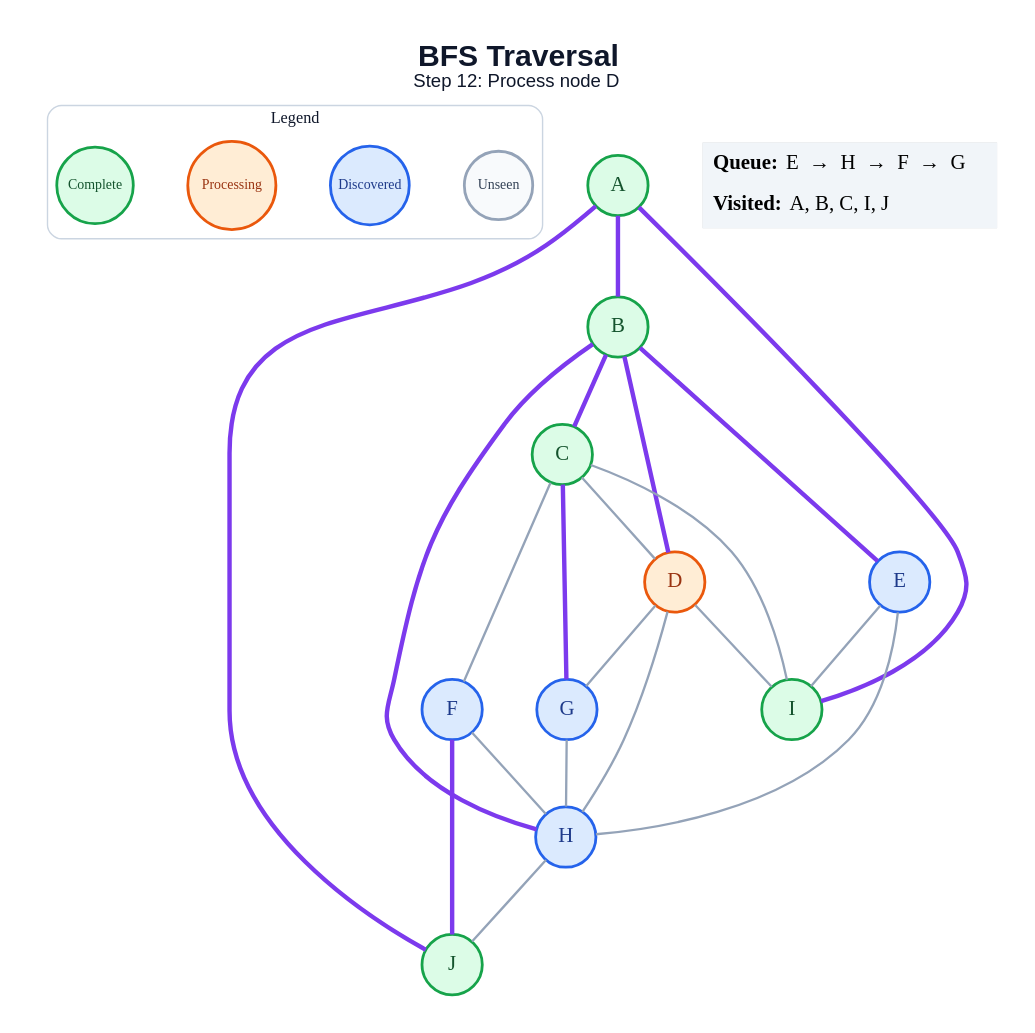
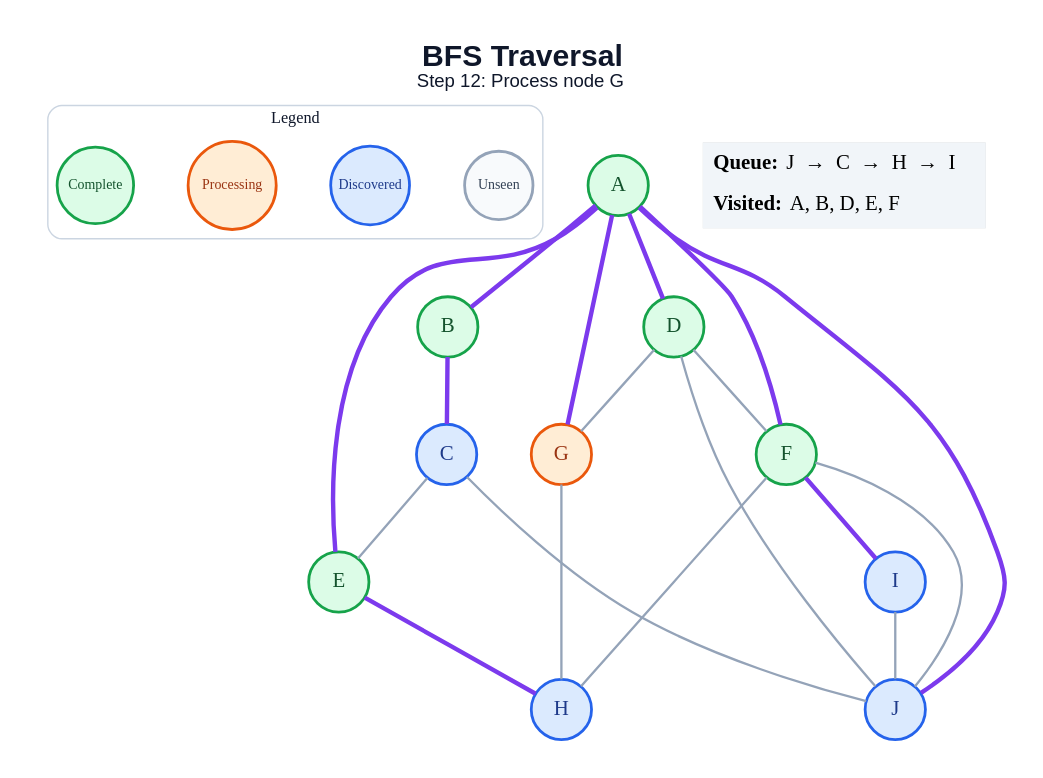
One commit to amanghodawala9/ai-slop changed the diagram in generated/bfs/step_12.dot. Above: the diagram before and after it, drawn with Graphviz. The commit also changed 178 other files, not shown here.

```diff
--- a/generated/bfs/step_12.dot
+++ b/generated/bfs/step_12.dot
@@ -1,49 +1,47 @@
 graph traversal {
   graph [layout=dot, rankdir=TB, bgcolor="#FFFFFF", pad="0.35", nodesep="0.65", ranksep="0.8", fontname="Arial"];
   node [shape=circle, style="filled", fontname="Arial Bold", fontsize=18, width=0.72, fixedsize=true, penwidth=2.4];
   edge [color="#94A3B8", penwidth=2.0];
-  label=<<B>BFS Traversal</B><BR/><FONT POINT-SIZE="16">Step 12: Process node D</FONT>>; labelloc="t"; fontsize=26; fontname="Arial"; fontcolor="#0F172A";
+  label=<<B>BFS Traversal</B><BR/><FONT POINT-SIZE="16">Step 12: Process node G</FONT>>; labelloc="t"; fontsize=26; fontname="Arial"; fontcolor="#0F172A";
   subgraph cluster_legend { label="Legend"; color="#CBD5E1"; penwidth=1.2; style="rounded"; fontsize=14; fontname="Arial Bold";
     key_unseen [label="Unseen", fillcolor="#F8FAFC", color="#94A3B8", fontcolor="#334155", fontsize=12, width=0.82];
     key_frontier [label="Discovered", fillcolor="#DBEAFE", color="#2563EB", fontcolor="#1E3A8A", fontsize=12, width=0.95];
     key_current [label="Processing", fillcolor="#FFEDD5", color="#EA580C", fontcolor="#9A3412", fontsize=12, width=1.05];
     key_done [label="Complete", fillcolor="#DCFCE7", color="#16A34A", fontcolor="#14532D", fontsize=12, width=0.92];
     { rank=same; key_unseen; key_frontier; key_current; key_done; }
   }
   A [fillcolor="#DCFCE7", color="#16A34A", fontcolor="#14532D"];
   B [fillcolor="#DCFCE7", color="#16A34A", fontcolor="#14532D"];
-  C [fillcolor="#DCFCE7", color="#16A34A", fontcolor="#14532D"];
-  D [fillcolor="#FFEDD5", color="#EA580C", fontcolor="#9A3412"];
-  E [fillcolor="#DBEAFE", color="#2563EB", fontcolor="#1E3A8A"];
-  F [fillcolor="#DBEAFE", color="#2563EB", fontcolor="#1E3A8A"];
-  G [fillcolor="#DBEAFE", color="#2563EB", fontcolor="#1E3A8A"];
+  C [fillcolor="#DBEAFE", color="#2563EB", fontcolor="#1E3A8A"];
+  D [fillcolor="#DCFCE7", color="#16A34A", fontcolor="#14532D"];
+  E [fillcolor="#DCFCE7", color="#16A34A", fontcolor="#14532D"];
+  F [fillcolor="#DCFCE7", color="#16A34A", fontcolor="#14532D"];
+  G [fillcolor="#FFEDD5", color="#EA580C", fontcolor="#9A3412"];
   H [fillcolor="#DBEAFE", color="#2563EB", fontcolor="#1E3A8A"];
-  I [fillcolor="#DCFCE7", color="#16A34A", fontcolor="#14532D"];
-  J [fillcolor="#DCFCE7", color="#16A34A", fontcolor="#14532D"];
+  I [fillcolor="#DBEAFE", color="#2563EB", fontcolor="#1E3A8A"];
+  J [fillcolor="#DBEAFE", color="#2563EB", fontcolor="#1E3A8A"];
   A -- B [color="#7C3AED", penwidth=3.8];
-  A -- I [color="#7C3AED", penwidth=3.8];
+  A -- D [color="#7C3AED", penwidth=3.8];
+  A -- E [color="#7C3AED", penwidth=3.8];
+  A -- F [color="#7C3AED", penwidth=3.8];
+  A -- G [color="#7C3AED", penwidth=3.8];
   A -- J [color="#7C3AED", penwidth=3.8];
   B -- C [color="#7C3AED", penwidth=3.8];
-  B -- D [color="#7C3AED", penwidth=3.8];
-  B -- E [color="#7C3AED", penwidth=3.8];
-  B -- H [color="#7C3AED", penwidth=3.8];
-  C -- D;
-  C -- F;
-  C -- G [color="#7C3AED", penwidth=3.8];
-  C -- I;
+  C -- E;
+  C -- J;
+  D -- F;
   D -- G;
-  D -- H;
-  D -- I;
-  E -- H;
-  E -- I;
+  D -- J;
+  E -- H [color="#7C3AED", penwidth=3.8];
   F -- H;
-  F -- J [color="#7C3AED", penwidth=3.8];
+  F -- I [color="#7C3AED", penwidth=3.8];
+  F -- J;
   G -- H;
-  H -- J;
+  I -- J;
   status [shape=plain, fixedsize=false, width=0, height=0, margin=0, label=<
     <TABLE BORDER="0" CELLBORDER="0" CELLPADDING="7" BGCOLOR="#F1F5F9">
-      <TR><TD ALIGN="LEFT"><B>Queue:</B> E  →  H  →  F  →  G</TD></TR>
-      <TR><TD ALIGN="LEFT"><B>Visited:</B> A, B, C, I, J</TD></TR>
+      <TR><TD ALIGN="LEFT"><B>Queue:</B> J  →  C  →  H  →  I</TD></TR>
+      <TR><TD ALIGN="LEFT"><B>Visited:</B> A, B, D, E, F</TD></TR>
     </TABLE>
   >];
 }
```
